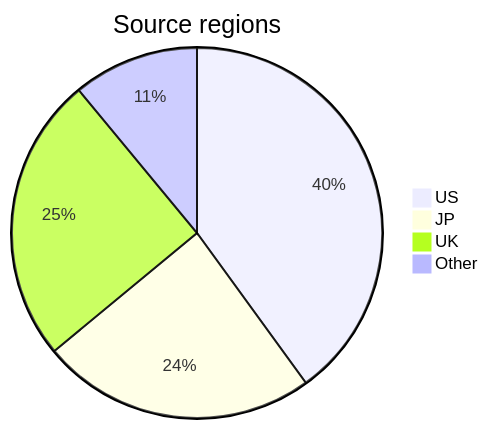
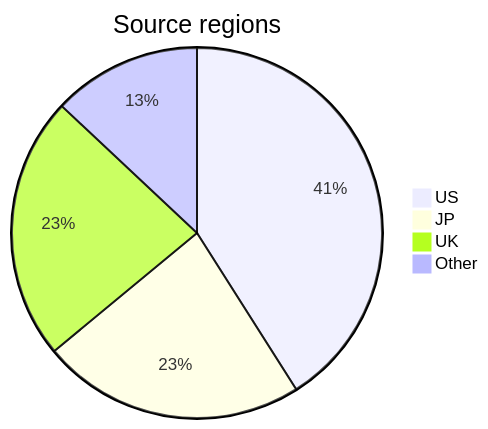
One commit to ace-dent/gbc-hw changed the diagram in gbc-census/docs/notes.md. Above: the diagram before and after it, drawn with Mermaid. The commit also changed other lines of this file and 7 other files, not shown here.

````diff
--- a/gbc-census/docs/notes.md
+++ b/gbc-census/docs/notes.md
@@ -47,8 +47,8 @@
 ```mermaid
 pie title Source regions
-    "US" : 40
-    "JP" : 24
-    "UK" : 25
-    "Other" : 11
+    "US" : 41
+    "JP" : 23
+    "UK" : 23
+    "Other" : 13
     %% (percentage of total)
 ```
````
